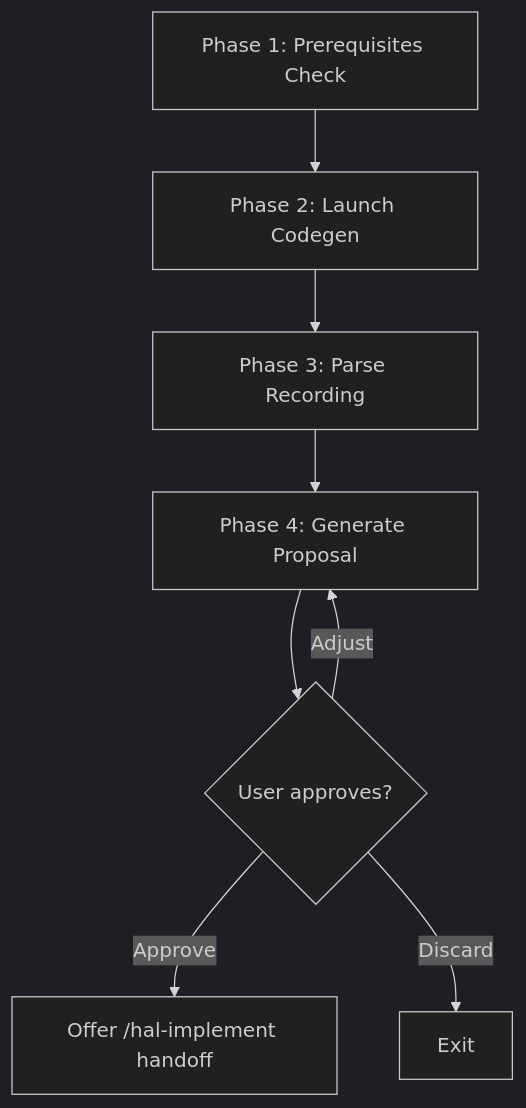
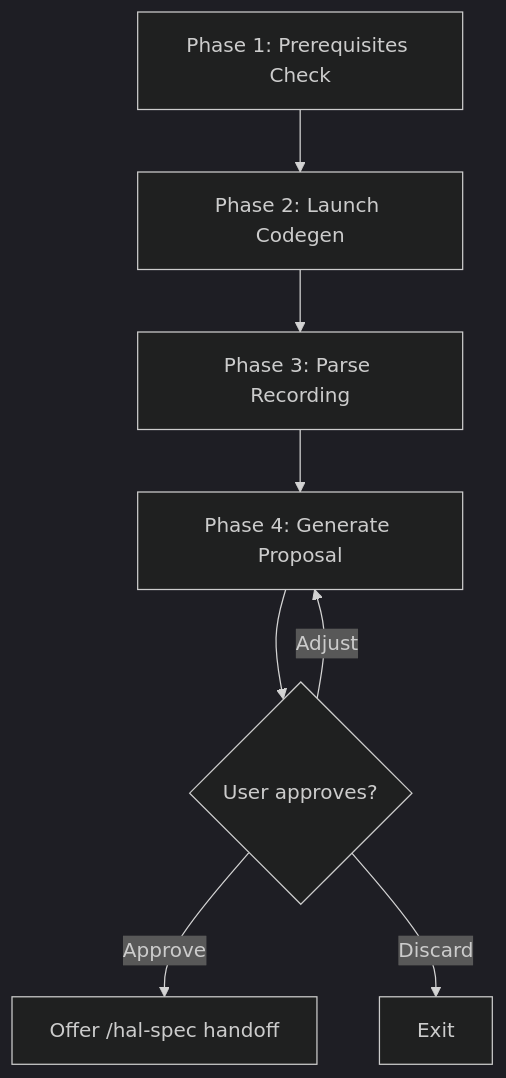
The second of 4 diagrams in docs/skills.md (hal/dave), drawn with Mermaid (dark theme) before and after one commit. The commit also changed other lines of this file and 11 other files, not shown here.

First line of the commit message:
refactor: rename hal-implement skill to hal-spec

````diff
--- a/docs/skills.md
+++ b/docs/skills.md
@@ -182,10 +182,10 @@
 ```mermaid
 flowchart TD
     A[Phase 1: Prerequisites Check] --> B[Phase 2: Launch Codegen]
     B --> C[Phase 3: Parse Recording]
     C --> D[Phase 4: Generate Proposal]
     D --> E{User approves?}
-    E -->|Approve| F[Offer /hal-implement handoff]
+    E -->|Approve| F[Offer /hal-spec handoff]
     E -->|Adjust| D
     E -->|Discard| G[Exit]
 ```
````
